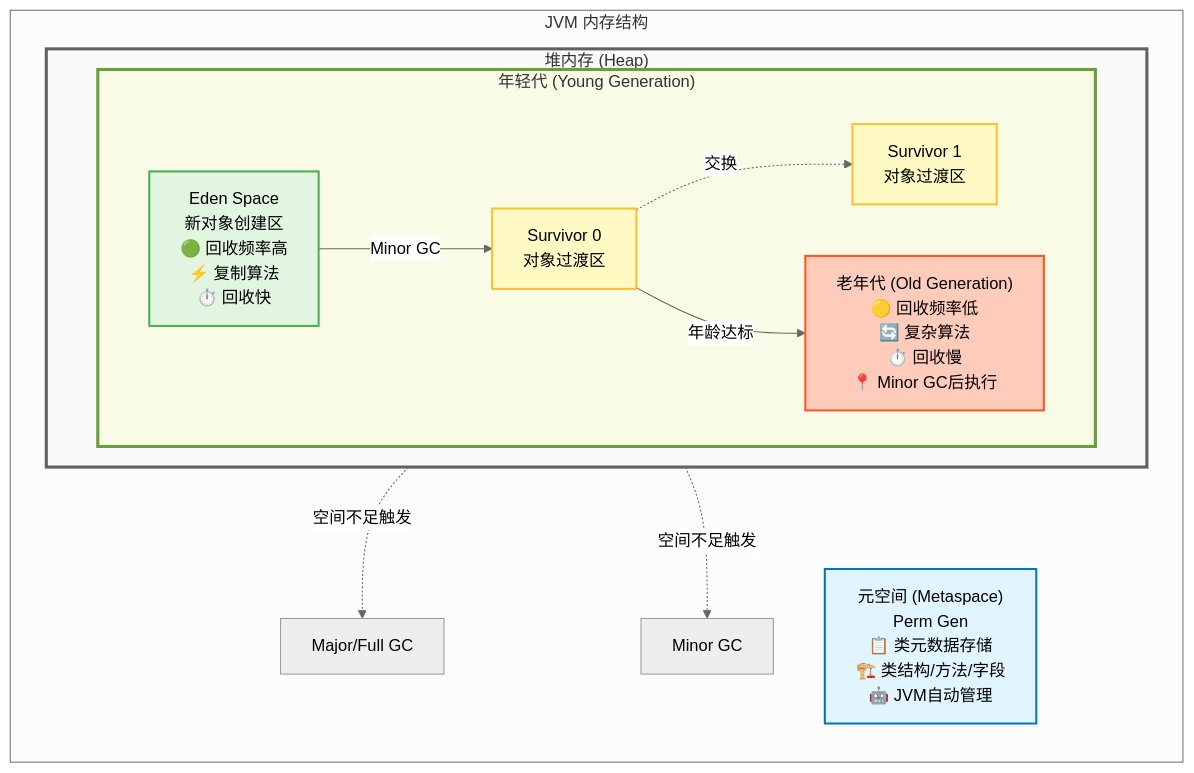
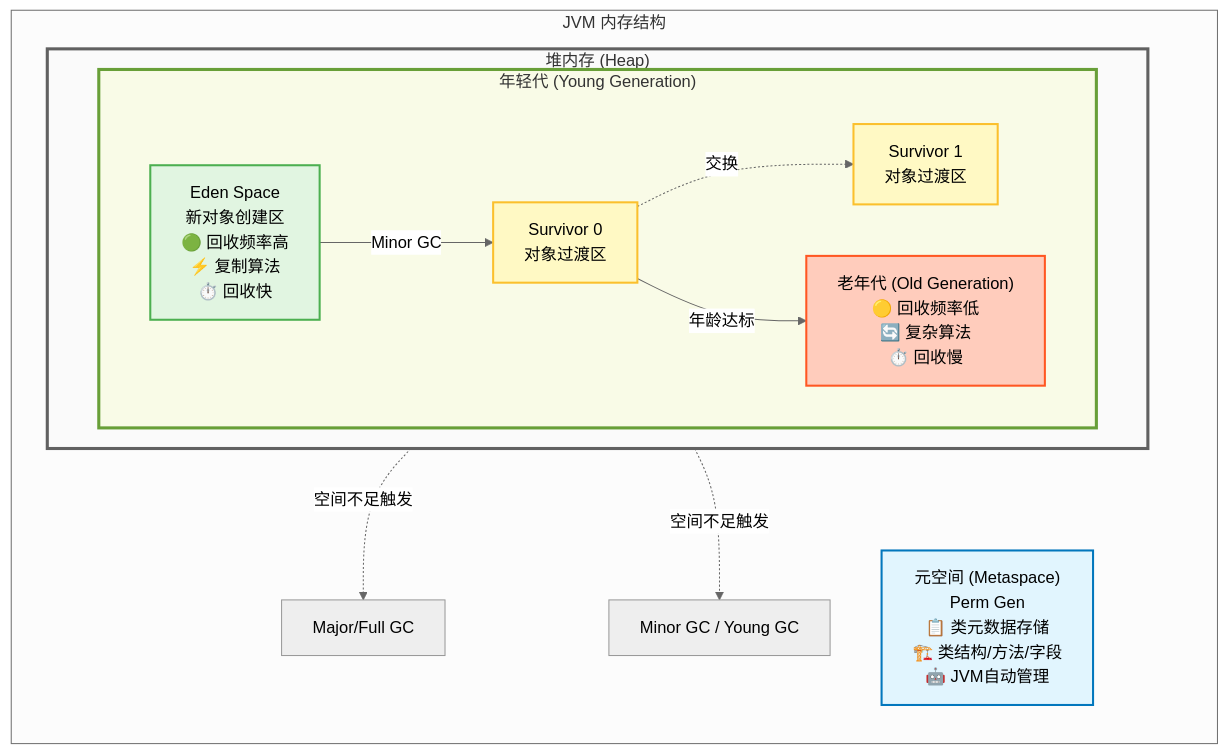
Before and after one commit to Jork-S-B/Jork-S-B.github.io: the diagram in docs/java/jvmgc/JVMGC.md, drawn with Mermaid (neutral theme). The commit also changed other lines of this file and 3 other files, not shown here.

````diff
--- a/docs/java/jvmgc/JVMGC.md
+++ b/docs/java/jvmgc/JVMGC.md
@@ -23,35 +23,35 @@
-```mermaid
-graph TB
-    subgraph JVM["JVM 内存结构"]
-        direction TB
+    ```mermaid
+    graph TB
+        subgraph JVM["JVM 内存结构"]
+            direction TB
 
-        subgraph Heap["堆内存 (Heap)"]
-            direction LR
+            subgraph Heap["堆内存 (Heap)"]
+                direction LR
 
-            subgraph Young["年轻代 (Young Generation)"]
-                Eden["Eden Space<br/>新对象创建区<br/>🟢 回收频率高<br/>⚡ 复制算法<br/>⏱️ 回收快"]
-                S0["Survivor 0<br/>对象过渡区"]
-                S1["Survivor 1<br/>对象过渡区"]
+                subgraph Young["年轻代 (Young Generation)"]
+                    Eden["Eden Space<br/>新对象创建区<br/>🟢 回收频率高<br/>⚡ 复制算法<br/>⏱️ 回收快"]
+                    S0["Survivor 0<br/>对象过渡区"]
+                    S1["Survivor 1<br/>对象过渡区"]
 
-                Eden -->|"Minor GC"| S0
-                S0 -.->|"交换"| S1
-                S0 -->|"年龄达标"| Old
+                    Eden -->|"Minor GC"| S0
+                    S0 -.->|"交换"| S1
+                    S0 -->|"年龄达标"| Old
+                end
+
+                Old["老年代 (Old Generation)<br/>🟡 回收频率低<br/>🔄 复杂算法<br/>⏱️ 回收慢"]
             end
 
-            Old["老年代 (Old Generation)<br/>🟡 回收频率低<br/>🔄 复杂算法<br/>⏱️ 回收慢<br/>📍 Minor GC后执行"]
+            Meta["元空间 (Metaspace)<br/>Perm Gen<br/>📋 类元数据存储<br/>🏗️ 类结构/方法/字段<br/>🤖 JVM自动管理"]
+
+            Young -.->|"空间不足触发"| GC1["Minor GC / Young GC"]
+            Old -.->|"空间不足触发"| GC2["Major/Full GC"]
+
+            style Eden fill:#e1f5e1,stroke:#4caf50,stroke-width:2px
+            style S0 fill:#fff9c4,stroke:#fbc02d,stroke-width:2px
+            style S1 fill:#fff9c4,stroke:#fbc02d,stroke-width:2px
+            style Old fill:#ffccbc,stroke:#ff5722,stroke-width:2px
+            style Meta fill:#e1f5fe,stroke:#0277bd,stroke-width:2px
+            style Young fill:#f9fbe7,stroke:#689f38,stroke-width:3px
+            style Heap fill:#fafafa,stroke:#616161,stroke-width:3px
         end
-
-        Meta["元空间 (Metaspace)<br/>Perm Gen<br/>📋 类元数据存储<br/>🏗️ 类结构/方法/字段<br/>🤖 JVM自动管理"]
-
-        Young -.->|"空间不足触发"| GC1["Minor GC"]
-        Old -.->|"空间不足触发"| GC2["Major/Full GC"]
-
-        style Eden fill:#e1f5e1,stroke:#4caf50,stroke-width:2px
-        style S0 fill:#fff9c4,stroke:#fbc02d,stroke-width:2px
-        style S1 fill:#fff9c4,stroke:#fbc02d,stroke-width:2px
-        style Old fill:#ffccbc,stroke:#ff5722,stroke-width:2px
-        style Meta fill:#e1f5fe,stroke:#0277bd,stroke-width:2px
-        style Young fill:#f9fbe7,stroke:#689f38,stroke-width:3px
-        style Heap fill:#fafafa,stroke:#616161,stroke-width:3px
-    end
-```
+    ```
````
